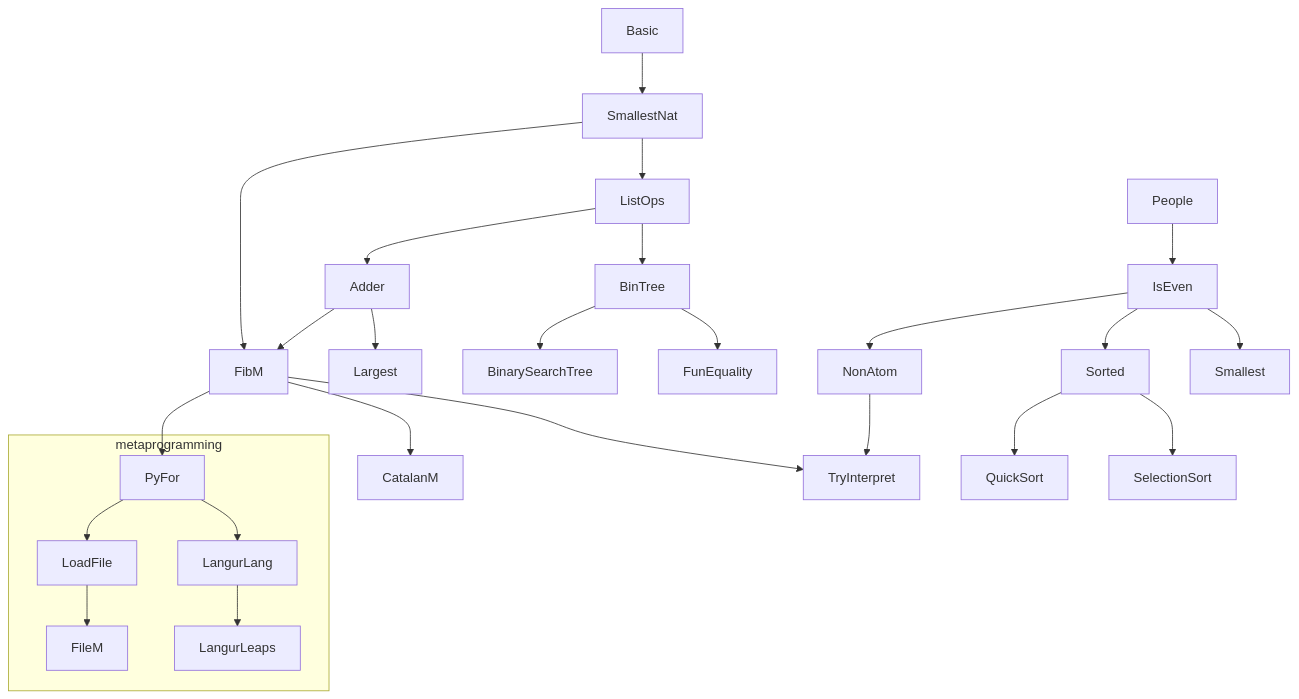
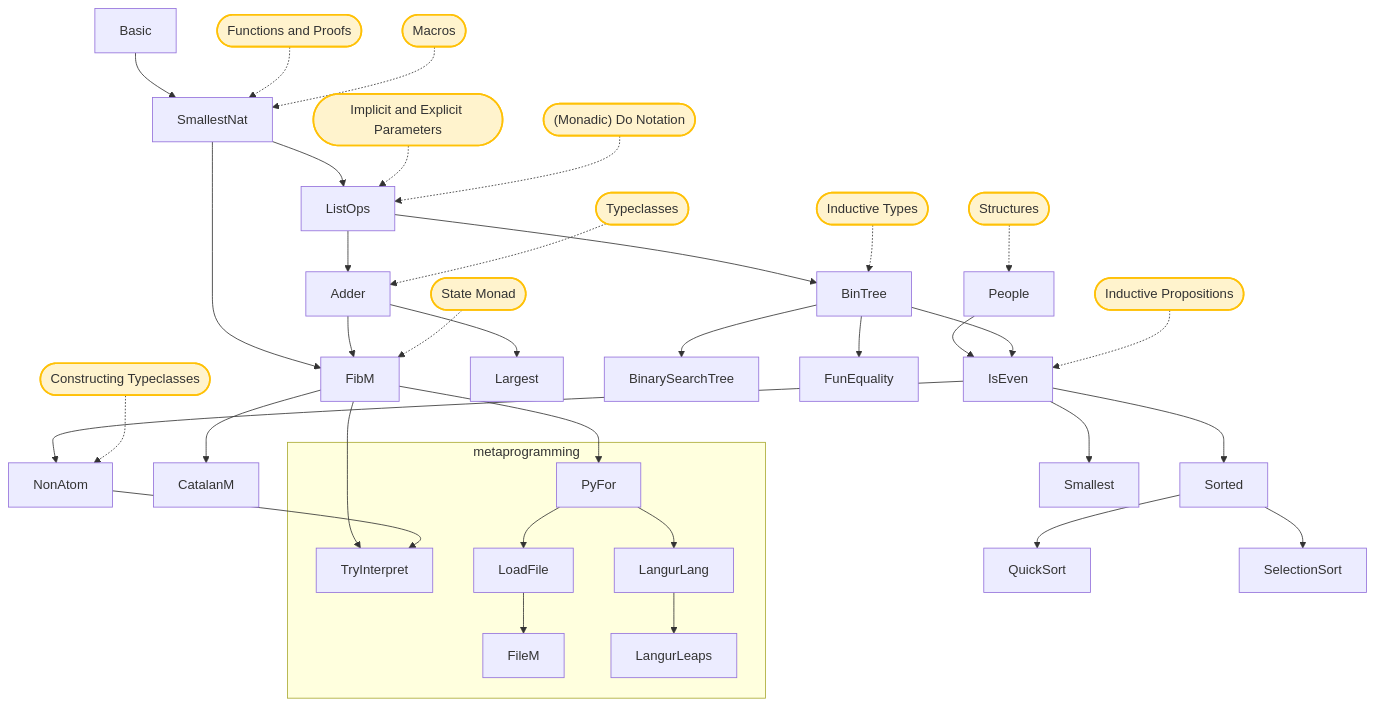
Before and after one commit to shamEiNew/LeanLangurSol: the diagram in LeanLangur/README.md, drawn with Mermaid.

Commit message:
spiffy diagram

````diff
--- a/LeanLangur/README.md
+++ b/LeanLangur/README.md
@@ -9,30 +9,53 @@
 ```mermaid
 graph TD;
+  %% Core file dependencies
   Basic --> SmallestNat;
   SmallestNat --> ListOps;
   SmallestNat --> FibM;
   People --> IsEven;
   ListOps --> BinTree;
   ListOps --> Adder;
   FibM --> CatalanM;
-  FibM --> TryInterpret;
   Adder --> Largest;
   Adder --> FibM;
   BinTree --> BinarySearchTree;
   BinTree --> FunEquality;
   IsEven --> Sorted;
   IsEven --> NonAtom;
   IsEven --> Smallest;
   Sorted --> QuickSort;
   Sorted --> SelectionSort;
-  NonAtom --> TryInterpret;
-
   FibM --> PyFor;
 
+  %% Correction Edge
+  BinTree --> IsEven;
+
+  %% Metaprogramming Subgraph
   subgraph metaprogramming
+    TryInterpret
     PyFor --> LoadFile;
     LoadFile --> FileM;
     PyFor --> LangurLang;
     LangurLang --> LangurLeaps;
   end
+
+  %% Connections to the TryInterpret node
+  FibM --> TryInterpret;
+  NonAtom --> TryInterpret;
+
+  %% Concepts mapping (reversed direction and uniformly capitalized)
+  c1(["Functions and Proofs"]) -.-> SmallestNat
+  c2(["Macros"]) -.-> SmallestNat
+  c3(["Implicit and Explicit Parameters"]) -.-> ListOps
+  c4(["(Monadic) Do Notation"]) -.-> ListOps
+  c5(["Typeclasses"]) -.-> Adder
+  c6(["State Monad"]) -.-> FibM
+  c7(["Inductive Types"]) -.-> BinTree
+  c8(["Inductive Propositions"]) -.-> IsEven
+  c9(["Constructing Typeclasses"]) -.-> NonAtom
+  c10(["Structures"]) -.-> People
+
+  %% Styling for concept nodes
+  classDef concept fill:#fff3cd,stroke:#ffc107,stroke-width:2px;
+  class c1,c2,c3,c4,c5,c6,c7,c8,c9,c10 concept;
 ```
````
